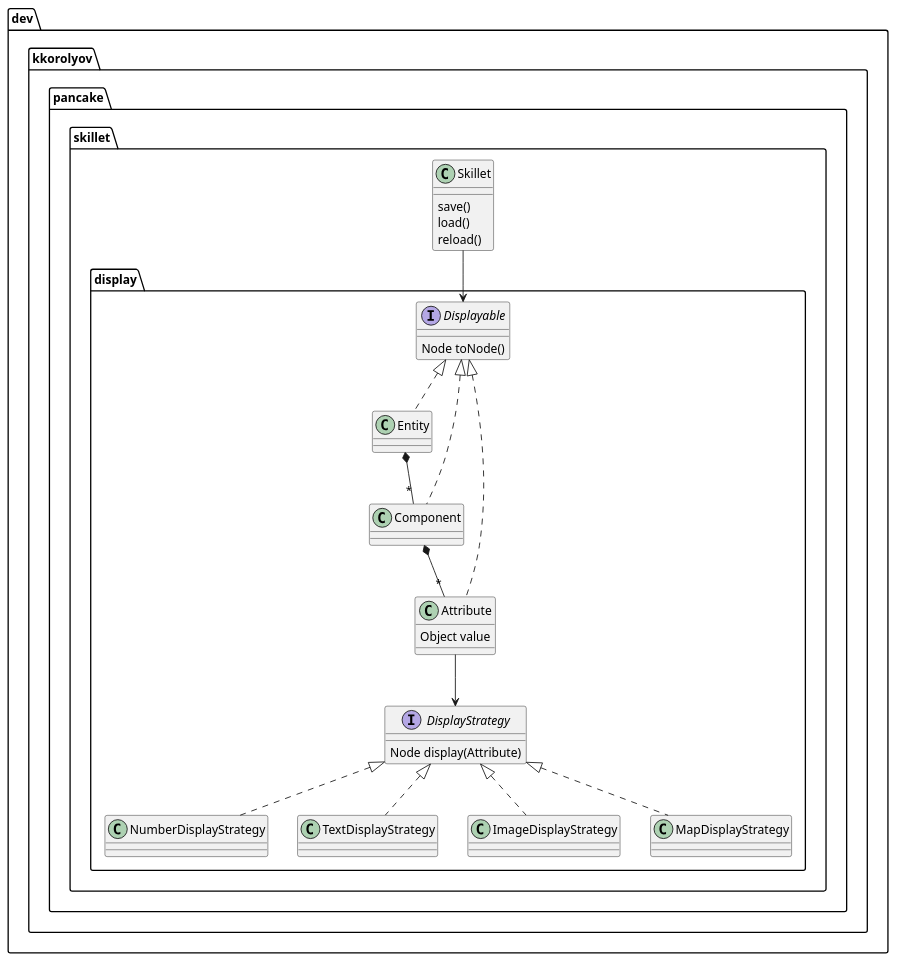
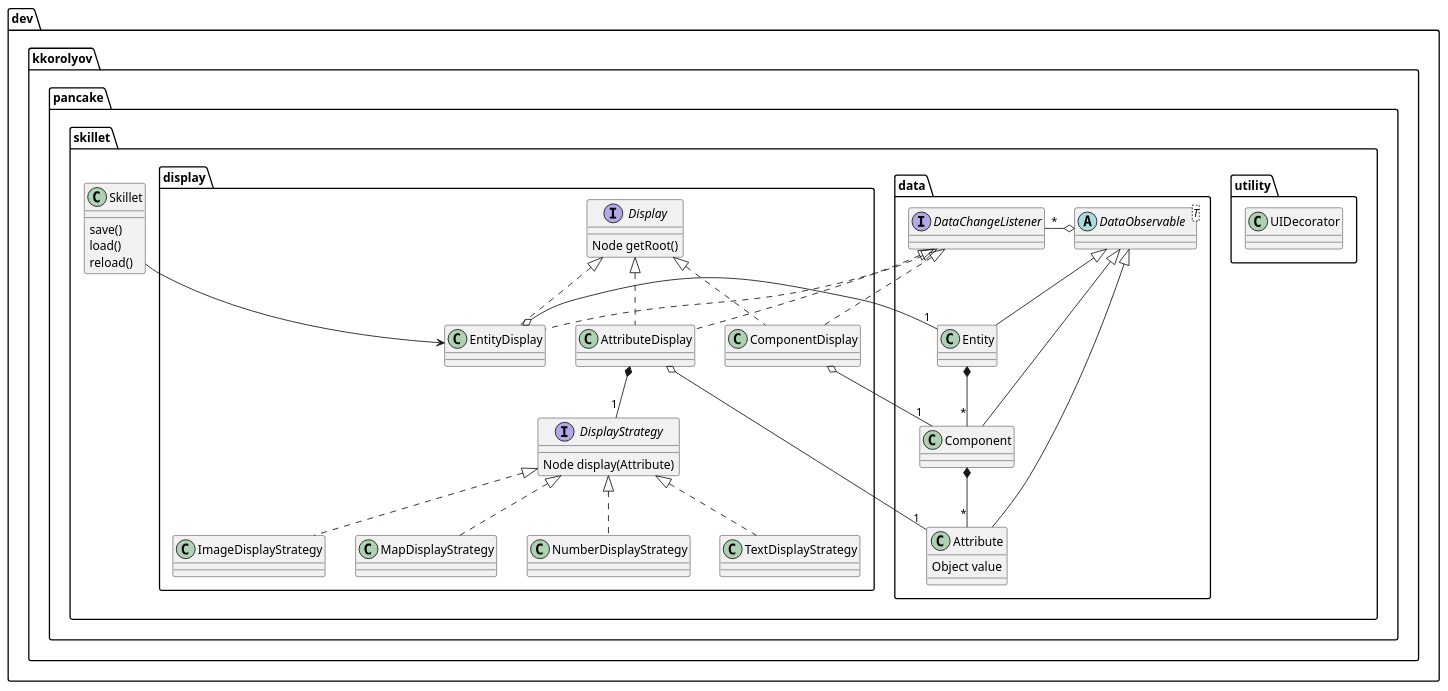
Before and after one commit to kkorolyov/pancake: the diagram in skillet/src/docs/uml/class.puml, drawn with PlantUML. The commit also changed 18 other files, not shown here.

Commit message:
Pancake-26: Split into data and display classes

```diff
--- a/skillet/src/docs/uml/class.puml
+++ b/skillet/src/docs/uml/class.puml
@@ -1,44 +1,77 @@
 @startuml
 
 package dev.kkorolyov.pancake.skillet {
 	class Skillet {
 		save()
 		load()
 		reload()
 	}
 
+	package data {
+		abstract class DataObservable<T> {
+		}
+		interface DataChangeListener {
+		}
+
+		class Entity {
+		}
+		class Component {
+		}
+		class Attribute {
+			Object value
+		}
+
+		DataObservable o-l- "*" DataChangeListener
+
+		DataObservable <|-d- Entity
+		DataObservable <|-d- Component
+		DataObservable <|-d- Attribute
+
+		Entity *-- "*" Component
+		Component *-- "*" Attribute
+	}
+
 	package display {
-  	interface Displayable {
-    	Node toNode()
+  	interface Display {
+    	Node getRoot()
+    }
+
+    class EntityDisplay {
+    }
+    class ComponentDisplay {
+    }
+    class AttributeDisplay {
     }
 
     interface DisplayStrategy {
     	Node display(Attribute)
     }
     DisplayStrategy <|.. NumberDisplayStrategy
     DisplayStrategy <|.. TextDisplayStrategy
     DisplayStrategy <|.. ImageDisplayStrategy
     DisplayStrategy <|.. MapDisplayStrategy
 
-    class Entity {
-    }
-    class Component {
-    }
-    class Attribute {
-    	Object value
-    }
+    Display <|.d. EntityDisplay
+		Display <|.d. ComponentDisplay
+		Display <|.d. AttributeDisplay
+
+		AttributeDisplay *-- "1" DisplayStrategy
   }
 
-  Skillet --> Displayable
+  package utility {
+  	class UIDecorator {
+  	}
+  }
 
-  Displayable <|.. Entity
-  Displayable <|.. Component
-  Displayable <|.. Attribute
+  DataChangeListener <|.d. EntityDisplay
+	DataChangeListener <|.d. ComponentDisplay
+	DataChangeListener <|.d. AttributeDisplay
 
-  Attribute --> DisplayStrategy
+  EntityDisplay o-- "1" Entity
+  ComponentDisplay o-- "1" Component
+  AttributeDisplay o-- "1" Attribute
 
-  Entity *-- "*" Component
-  Component *-- "*" Attribute
+  Skillet --> EntityDisplay
 }
 
 @enduml
```
